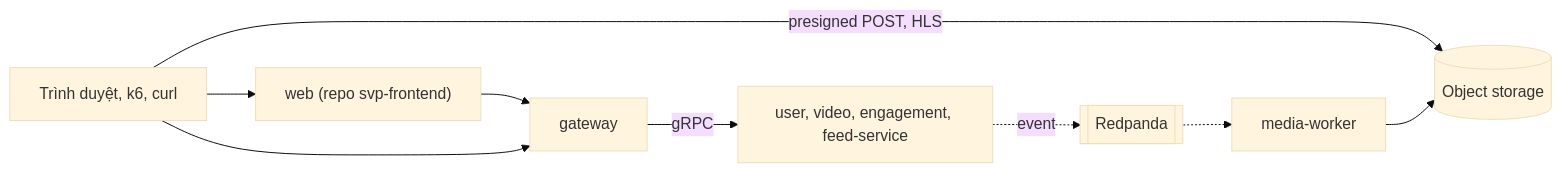
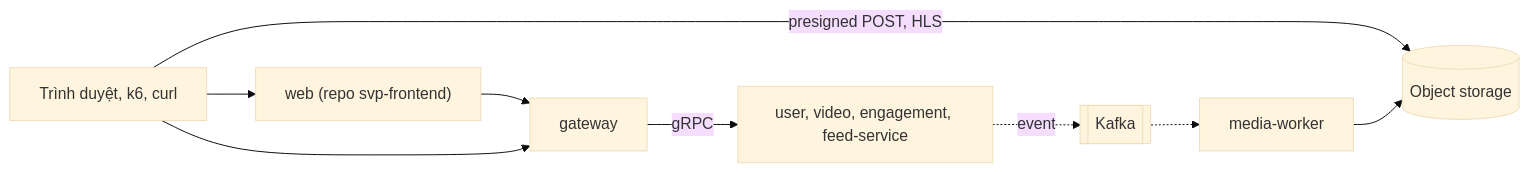
One commit to anhnvcoder/svp-backend changed the diagram in README.md. Above: the diagram before and after it, drawn with Mermaid (base theme). The commit also changed other lines of this file and 165 other files, not shown here.

````diff
--- a/README.md
+++ b/README.md
@@ -5,17 +5,17 @@
 ```mermaid
 flowchart LR
     client["Trình duyệt, k6, curl"]
     web["web (repo svp-frontend)"]
     gw["gateway"]
     svc["user, video, engagement, feed-service"]
-    bus[["Redpanda"]]
+    bus[["Kafka"]]
     mw["media-worker"]
     obj[("Object storage")]
     client --> web --> gw
     client --> gw
     client -->|"presigned POST, HLS"| obj
     gw -->|gRPC| svc
     svc -.->|event| bus
     bus -.-> mw
     mw --> obj
 ```
````
